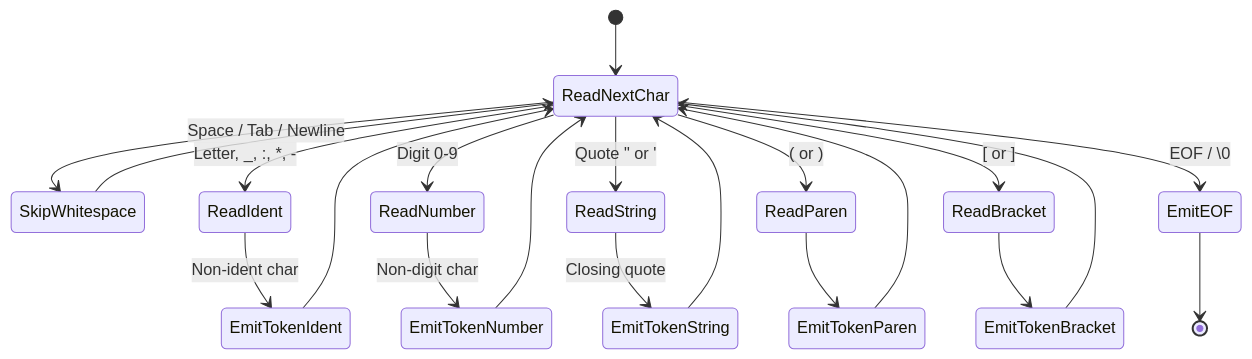
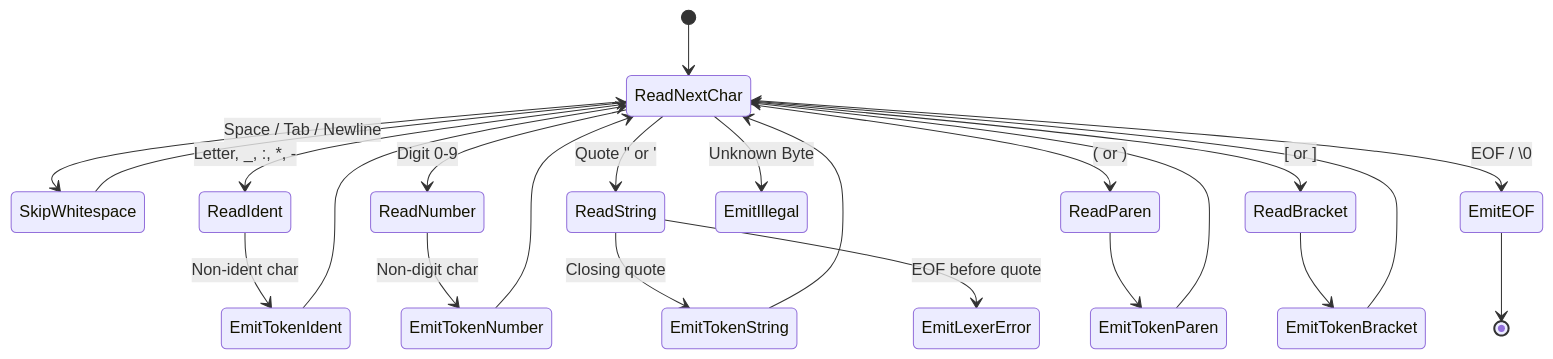
The second of 3 diagrams in docs/RQL.md (Ahmedfargh/ravan-db-redis-clone), drawn with Mermaid before and after one commit. The commit also changed other lines of this file and 9 other files, not shown here.

````diff
--- a/docs/RQL.md
+++ b/docs/RQL.md
@@ -100,23 +113,25 @@
 ```mermaid
 stateDiagram-v2
     [*] --> ReadNextChar
     ReadNextChar --> SkipWhitespace : Space / Tab / Newline
     SkipWhitespace --> ReadNextChar
     ReadNextChar --> ReadIdent : Letter, _, :, *, -
     ReadIdent --> EmitTokenIdent : Non-ident char
     ReadNextChar --> ReadNumber : Digit 0-9
     ReadNumber --> EmitTokenNumber : Non-digit char
     ReadNextChar --> ReadString : Quote " or '
     ReadString --> EmitTokenString : Closing quote
+    ReadString --> EmitLexerError : EOF before quote
     ReadNextChar --> ReadParen : ( or )
     ReadParen --> EmitTokenParen
     ReadNextChar --> ReadBracket : [ or ]
     ReadBracket --> EmitTokenBracket
+    ReadNextChar --> EmitIllegal : Unknown Byte
     ReadNextChar --> EmitEOF : EOF / \0
     EmitTokenIdent --> ReadNextChar
     EmitTokenNumber --> ReadNextChar
     EmitTokenString --> ReadNextChar
     EmitTokenParen --> ReadNextChar
     EmitTokenBracket --> ReadNextChar
     EmitEOF --> [*]
 ```
````
